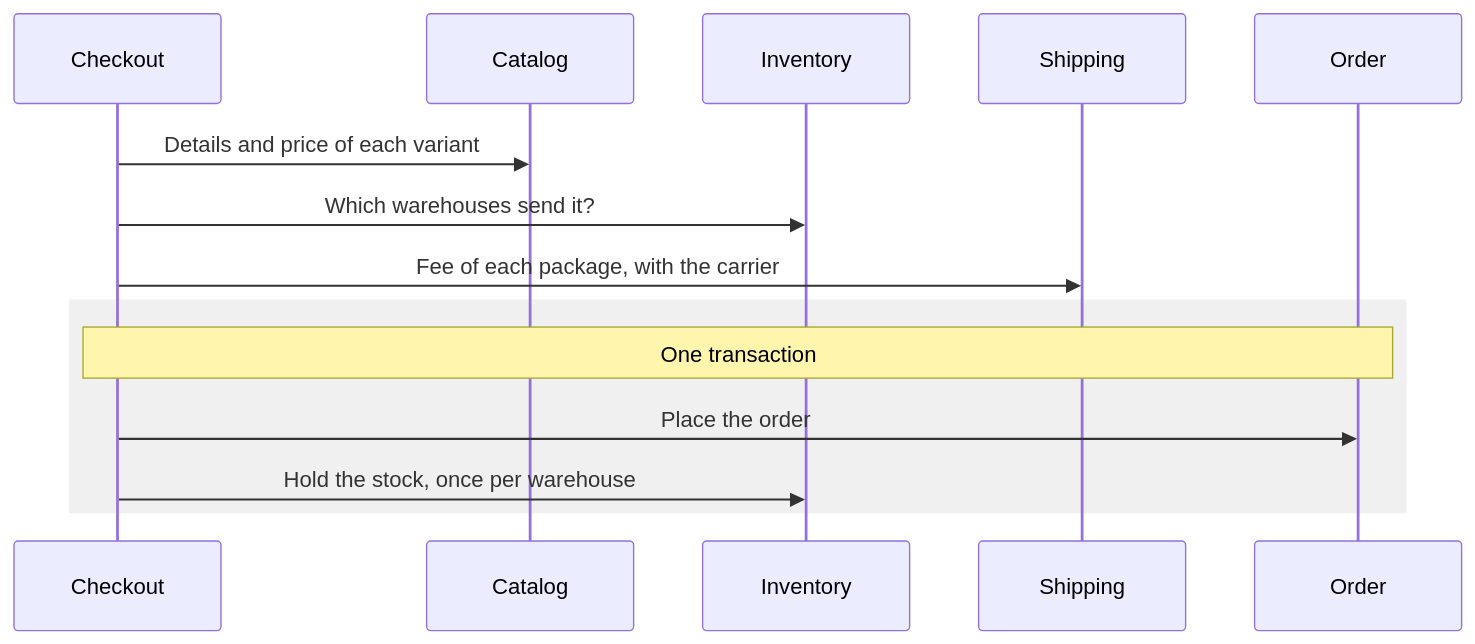
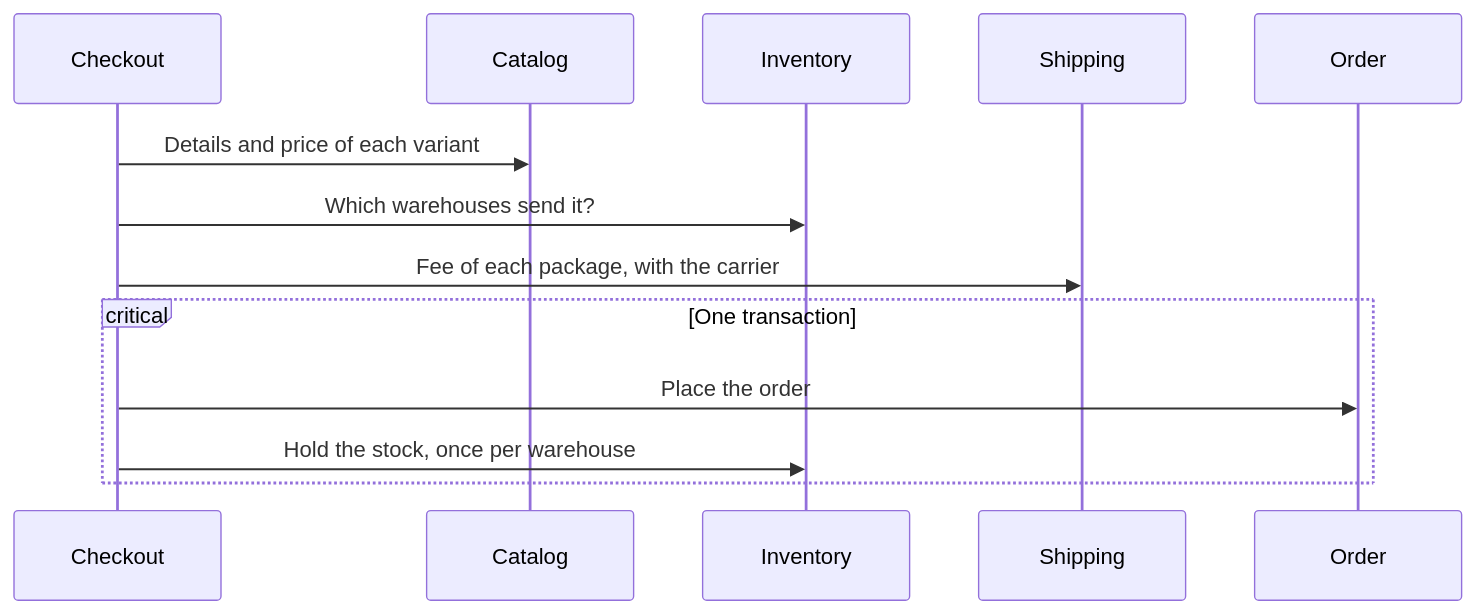
One commit to vd4tzz/ecommerce changed the diagram in docs/checkout.md. Above: the diagram before and after it, drawn with Mermaid. The commit also changed 8 other files, not shown here.

````diff
--- a/docs/checkout.md
+++ b/docs/checkout.md
@@ -29,17 +29,16 @@
 ```mermaid
 sequenceDiagram
     participant Checkout
     participant Catalog
     participant Inventory
     participant Shipping
     participant Order
 
     Checkout->>Catalog: Details and price of each variant
     Checkout->>Inventory: Which warehouses send it?
     Checkout->>Shipping: Fee of each package, with the carrier
-    rect rgb(240, 240, 240)
-        note over Checkout,Order: One transaction
+    critical One transaction
         Checkout->>Order: Place the order
         Checkout->>Inventory: Hold the stock, once per warehouse
     end
 ```
````
